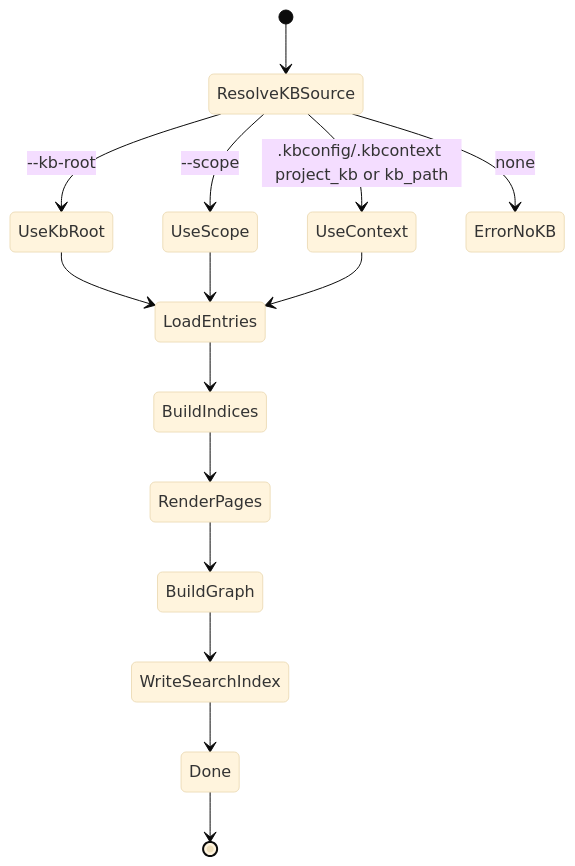
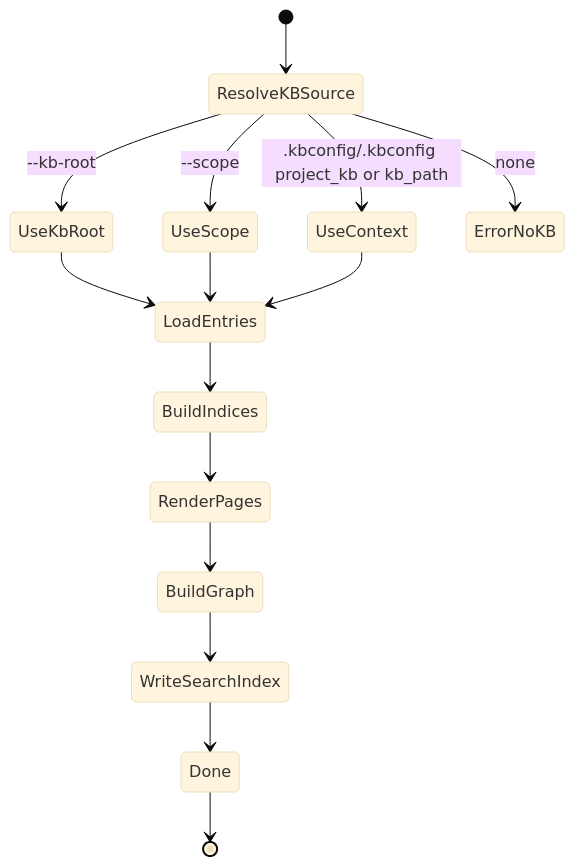
Before and after one commit to chriskd/memex: the eighth of 8 diagrams in kb/memex/state-diagrams.md, drawn with Mermaid (base theme). The commit also changed other lines of this file and 18 other files, not shown here.

````diff
--- a/kb/memex/state-diagrams.md
+++ b/kb/memex/state-diagrams.md
@@ -156,17 +152,17 @@
 ```mermaid
 stateDiagram-v2
     [*] --> ResolveKBSource
     ResolveKBSource --> UseKbRoot: --kb-root
     ResolveKBSource --> UseScope: --scope
-    ResolveKBSource --> UseContext: .kbconfig/.kbcontext project_kb or kb_path
+    ResolveKBSource --> UseContext: .kbconfig/.kbconfig project_kb or kb_path
     ResolveKBSource --> ErrorNoKB: none
     UseKbRoot --> LoadEntries
     UseScope --> LoadEntries
     UseContext --> LoadEntries
     LoadEntries --> BuildIndices
     BuildIndices --> RenderPages
     RenderPages --> BuildGraph
     BuildGraph --> WriteSearchIndex
     WriteSearchIndex --> Done
     Done --> [*]
 ```
````
